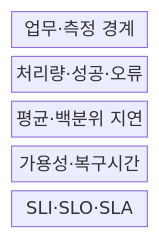
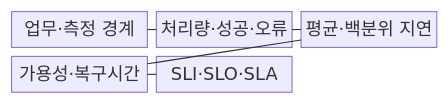
The first of 2 diagrams in src/content/docs/notes/06-evaluation/001_system_kpi_tps_response_time.md (agnusdei1207/knowledge-base), drawn with Mermaid before and after one commit. The commit also changed other lines of this file and 53 other files, not shown here.

````diff
--- a/src/content/docs/notes/06-evaluation/001_system_kpi_tps_response_time.md
+++ b/src/content/docs/notes/06-evaluation/001_system_kpi_tps_response_time.md
@@ -57,9 +57,13 @@
 ```mermaid
 block-beta
-  columns 1
+  columns 3
   W["업무·측정 경계"]
   T["처리량·성공·오류"]
   L["평균·백분위 지연"]
   A["가용성·복구시간"]
   O["SLI·SLO·SLA"]
+  W --- T
+  T --- L
+  L --- A
+  A --- O
 ```
````
